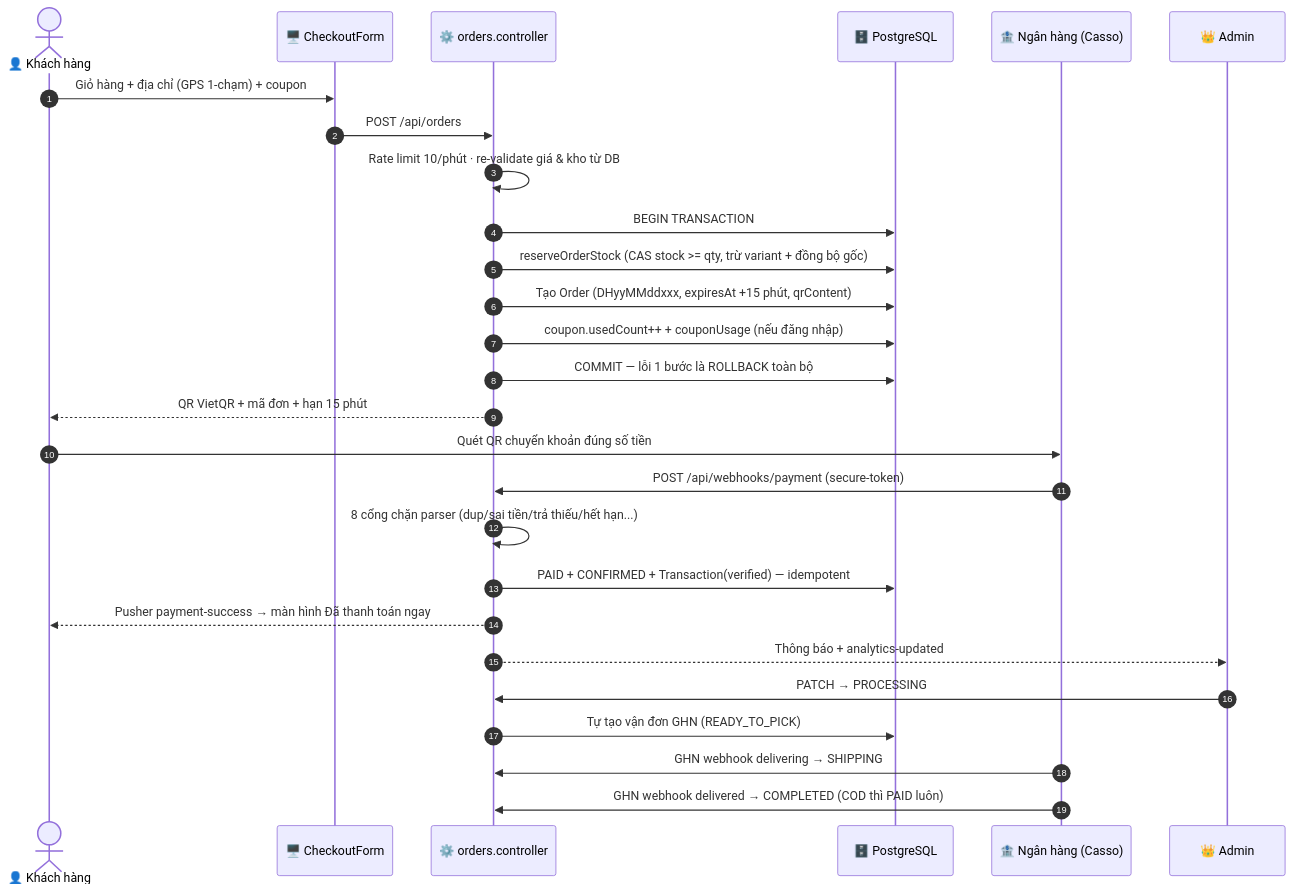
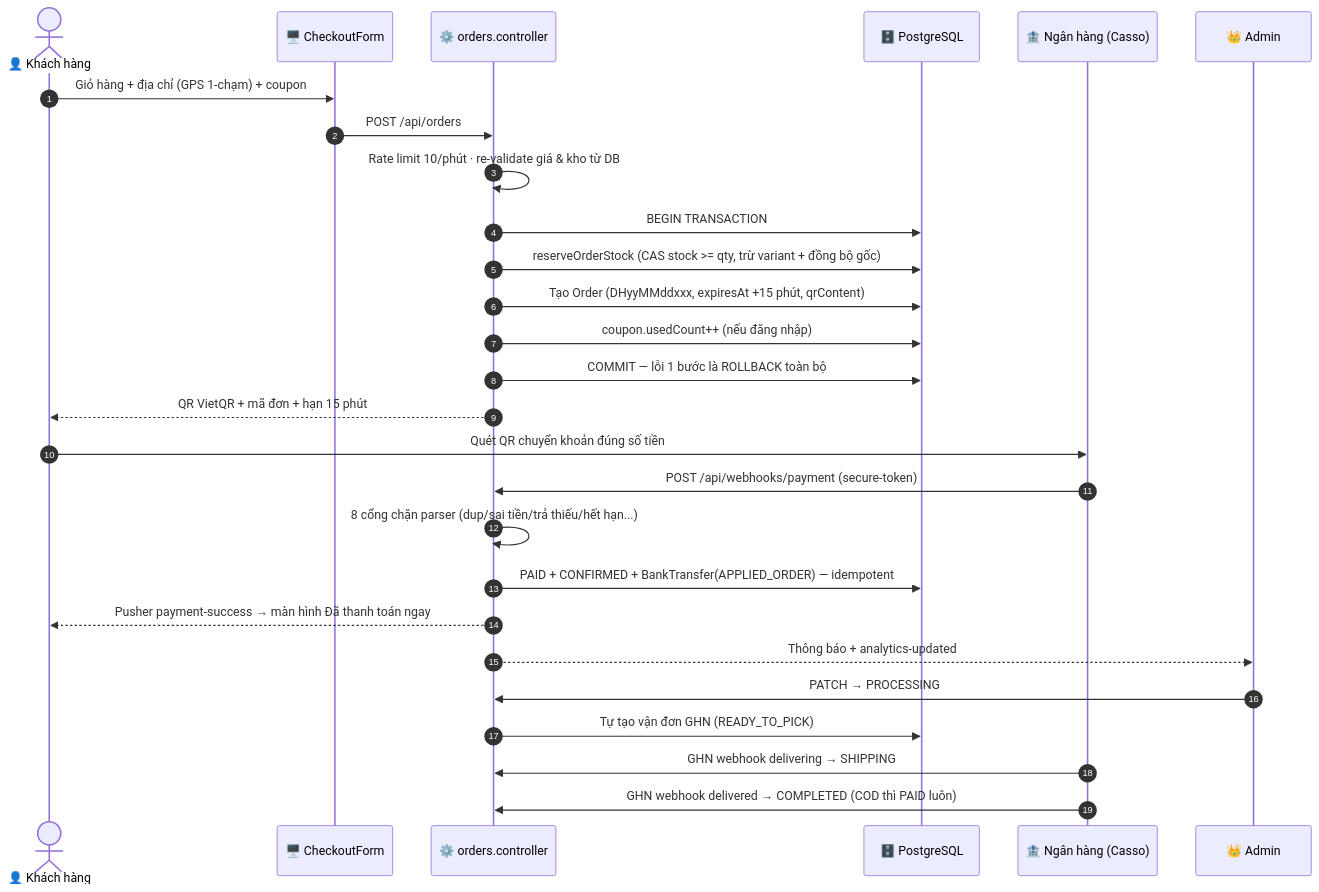
One commit to nhonhoa2007/shop-qr-payment changed the diagram in docs/uml/diagrams/14-sequence-order-e2e.mmd. Above: the diagram before and after it, drawn with Mermaid. The commit also changed 12 other files, not shown here.

Commit message:
docs: align compact electronics architecture

```diff
--- a/docs/uml/diagrams/14-sequence-order-e2e.mmd
+++ b/docs/uml/diagrams/14-sequence-order-e2e.mmd
@@ -1,28 +1,28 @@
 sequenceDiagram
     autonumber
     actor KH as 👤 Khách hàng
     participant FE as 🖥️ CheckoutForm
     participant API as ⚙️ orders.controller
     participant DB as 🗄️ PostgreSQL
     participant BANK as 🏦 Ngân hàng (Casso)
     participant AD as 👑 Admin
 
     KH->>FE: Giỏ hàng + địa chỉ (GPS 1-chạm) + coupon
     FE->>API: POST /api/orders
     API->>API: Rate limit 10/phút · re-validate giá & kho từ DB
     API->>DB: BEGIN TRANSACTION
     API->>DB: reserveOrderStock (CAS stock >= qty, trừ variant + đồng bộ gốc)
     API->>DB: Tạo Order (DHyyMMddxxx, expiresAt +15 phút, qrContent)
-    API->>DB: coupon.usedCount++ + couponUsage (nếu đăng nhập)
+    API->>DB: coupon.usedCount++ (nếu đăng nhập)
     API->>DB: COMMIT — lỗi 1 bước là ROLLBACK toàn bộ
     API-->>KH: QR VietQR + mã đơn + hạn 15 phút
     KH->>BANK: Quét QR chuyển khoản đúng số tiền
     BANK->>API: POST /api/webhooks/payment (secure-token)
     API->>API: 8 cổng chặn parser (dup/sai tiền/trả thiếu/hết hạn...)
-    API->>DB: PAID + CONFIRMED + Transaction(verified) — idempotent
+    API->>DB: PAID + CONFIRMED + BankTransfer(APPLIED_ORDER) — idempotent
     API-->>KH: Pusher payment-success → màn hình Đã thanh toán ngay
     API-->>AD: Thông báo + analytics-updated
     AD->>API: PATCH → PROCESSING
     API->>DB: Tự tạo vận đơn GHN (READY_TO_PICK)
     BANK->>API: GHN webhook delivering → SHIPPING
     BANK->>API: GHN webhook delivered → COMPLETED (COD thì PAID luôn)
```
